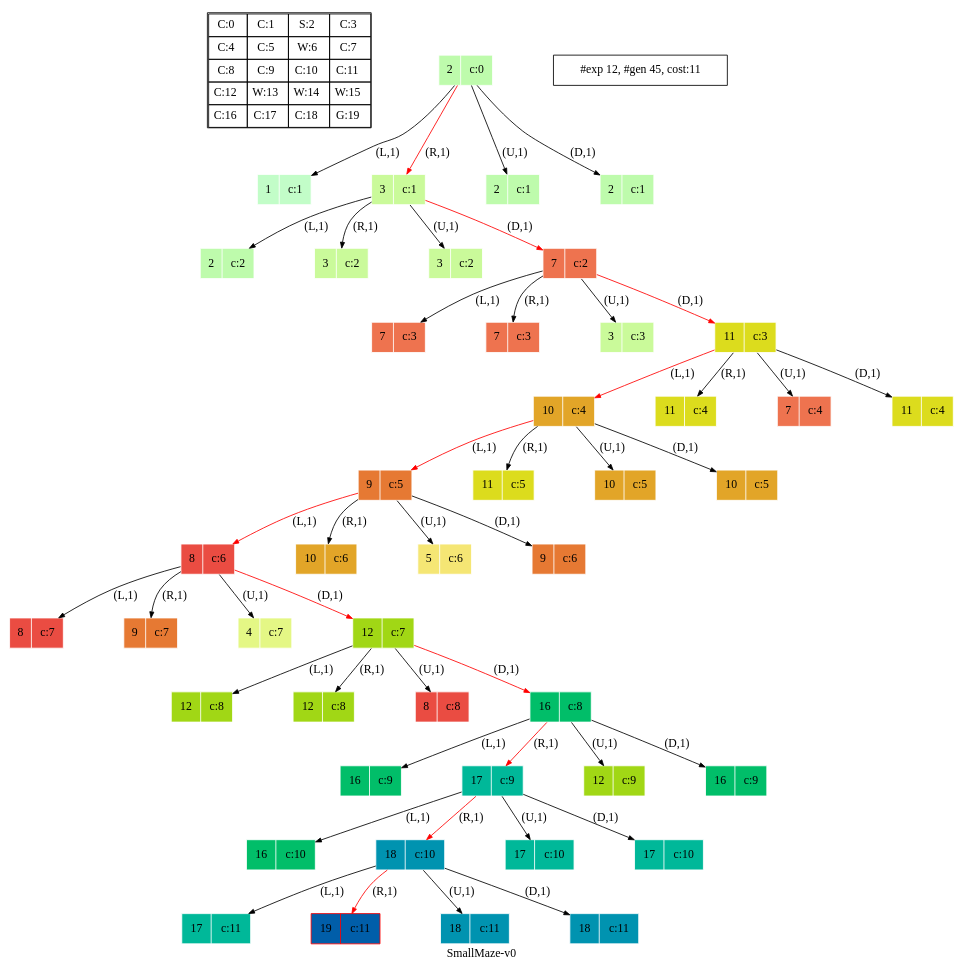
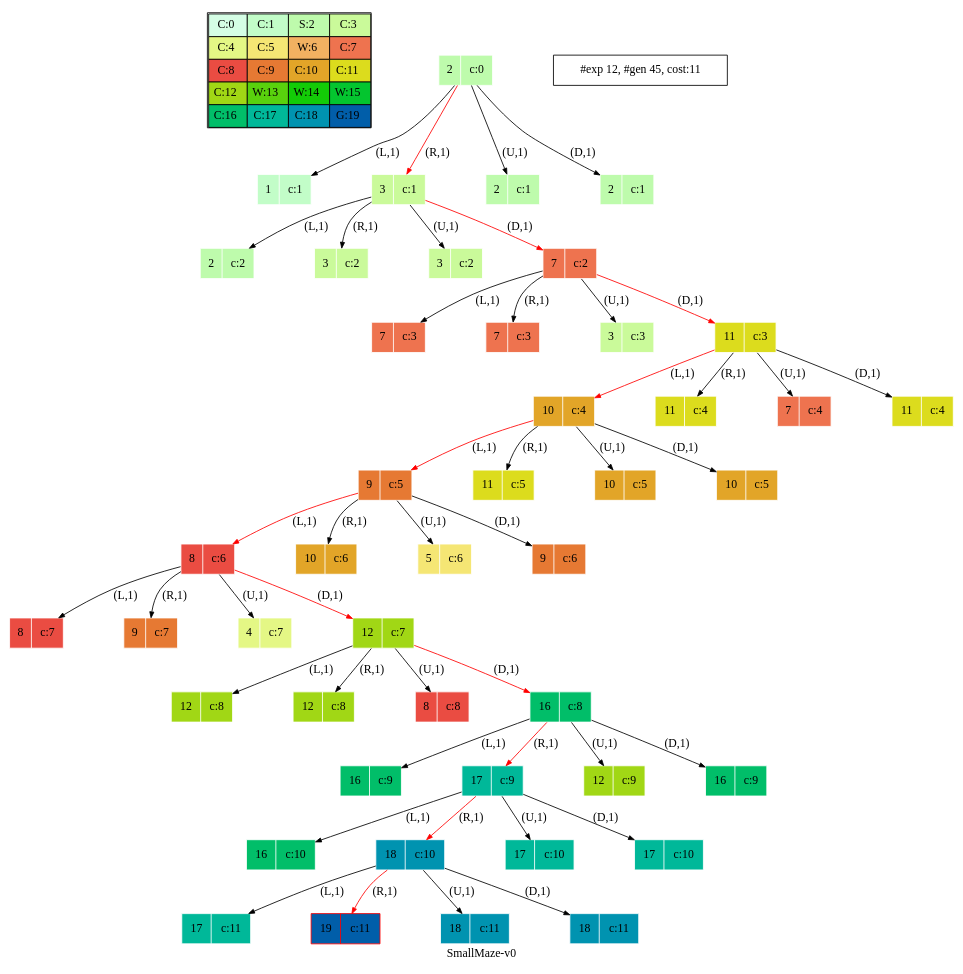
The diagram in viz/public/artifacts/gs/dot/SmallMaze-v0_greedy.dot (blasco991/AI), drawn with Graphviz before and after one commit. The commit also changed 47 other files, not shown here.

```diff
--- a/viz/public/artifacts/gs/dot/SmallMaze-v0_greedy.dot
+++ b/viz/public/artifacts/gs/dot/SmallMaze-v0_greedy.dot
@@ -1,50 +1,50 @@
 digraph SmallMaze { label="SmallMaze-v0"
-subgraph MAP {label=Map;map [shape=plaintext label=<<table border="1" cellpadding="5" cellspacing="0" cellborder="1"><tr><td>C:0</td><td>C:1</td><td>S:2</td><td>C:3</td></tr><tr><td>C:4</td><td>C:5</td><td>W:6</td><td>C:7</td></tr><tr><td>C:8</td><td>C:9</td><td>C:10</td><td>C:11</td></tr><tr><td>C:12</td><td>W:13</td><td>W:14</td><td>W:15</td></tr><tr><td>C:16</td><td>C:17</td><td>C:18</td><td>G:19</td></tr></table>>]} 
+subgraph MAP {label=Map;map [shape=plaintext label=<<table border="1" cellpadding="5" cellspacing="0" cellborder="1"><tr><td bgcolor="0.39803922 0.15947579 0.99679532 1.        ">C:0</td><td bgcolor="0.35098039 0.23194764 0.99315867 1.        ">C:1</td><td bgcolor="0.29607843 0.31486959 0.98720184 1.        ">S:2</td><td bgcolor="0.24901961 0.38410575 0.98063477 1.        ">C:3</td></tr><tr><td bgcolor="0.19411765 0.46220388 0.97128103 1.        ">C:4</td><td bgcolor="0.14705882 0.52643216 0.96182564 1.        ">C:5</td><td bgcolor="0.09215686 0.59770746 0.94913494 1.        ">W:6</td><td bgcolor="0.0372549  0.66454018 0.93467977 1.        ">C:7</td></tr><tr><td bgcolor="0.00980392 0.71791192 0.92090552 1.        ">C:8</td><td bgcolor="0.06470588 0.77520398 0.9032472  1.        ">C:9</td><td bgcolor="0.11176471 0.81974048 0.88677369 1.        ">C:10</td><td bgcolor="0.16666667 0.8660254  0.8660254  1.        ">C:11</td></tr><tr><td bgcolor="0.21372549 0.9005867  0.84695821 1.        ">C:12</td><td bgcolor="0.26862745 0.93467977 0.82325295 1.        ">W:13</td><td bgcolor="0.32352941 0.96182564 0.79801723 1.        ">W:14</td><td bgcolor="0.37058824 0.97940977 0.77520398 1.        ">W:15</td></tr><tr><td bgcolor="0.4254902  0.99315867 0.74725253 1.        ">C:16</td><td bgcolor="0.47254902 0.99907048 0.72218645 1.        ">C:17</td><td bgcolor="0.52745098 0.99907048 0.69169844 1.        ">C:18</td><td bgcolor="0.5745098  0.99315867 0.66454018 1.        ">G:19</td></tr></table>>]} 
 nodesep=1 ranksep=0.5 node [shape=record] edge [arrowsize=0.7] 
 "0_2" [label="<f0>2 |<f1> c:0" style=filled color=white fillcolor="0.29607843 0.31486959 0.98720184 1.        "]
 "0_2.1-0" [label="<f0>1 |<f1> c:1" style=filled color=white fillcolor="0.35098039 0.23194764 0.99315867 1.        "] "0_2" -> "0_2.1-0" [label="(L,1)" ]; 
 "0_2.3-1" [label="<f0>3 |<f1> c:1" style=filled color=white fillcolor="0.24901961 0.38410575 0.98063477 1.        "] "0_2" -> "0_2.3-1" [label="(R,1)" color=red ];  
 "0_2.2-2" [label="<f0>2 |<f1> c:1" style=filled color=white fillcolor="0.29607843 0.31486959 0.98720184 1.        "] "0_2" -> "0_2.2-2" [label="(U,1)" ]; 
 "0_2.2-3" [label="<f0>2 |<f1> c:1" style=filled color=white fillcolor="0.29607843 0.31486959 0.98720184 1.        "] "0_2" -> "0_2.2-3" [label="(D,1)" ]; 
 "0_2.3.2-0" [label="<f0>2 |<f1> c:2" style=filled color=white fillcolor="0.29607843 0.31486959 0.98720184 1.        "] "0_2.3-1" -> "0_2.3.2-0" [label="(L,1)" ]; 
 "0_2.3.3-1" [label="<f0>3 |<f1> c:2" style=filled color=white fillcolor="0.24901961 0.38410575 0.98063477 1.        "] "0_2.3-1" -> "0_2.3.3-1" [label="(R,1)" ]; 
 "0_2.3.3-2" [label="<f0>3 |<f1> c:2" style=filled color=white fillcolor="0.24901961 0.38410575 0.98063477 1.        "] "0_2.3-1" -> "0_2.3.3-2" [label="(U,1)" ]; 
 "0_2.3.7-3" [label="<f0>7 |<f1> c:2" style=filled color=white fillcolor="0.0372549  0.66454018 0.93467977 1.        "] "0_2.3-1" -> "0_2.3.7-3" [label="(D,1)" color=red ];  
 "0_2.3.7.7-0" [label="<f0>7 |<f1> c:3" style=filled color=white fillcolor="0.0372549  0.66454018 0.93467977 1.        "] "0_2.3.7-3" -> "0_2.3.7.7-0" [label="(L,1)" ]; 
 "0_2.3.7.7-1" [label="<f0>7 |<f1> c:3" style=filled color=white fillcolor="0.0372549  0.66454018 0.93467977 1.        "] "0_2.3.7-3" -> "0_2.3.7.7-1" [label="(R,1)" ]; 
 "0_2.3.7.3-2" [label="<f0>3 |<f1> c:3" style=filled color=white fillcolor="0.24901961 0.38410575 0.98063477 1.        "] "0_2.3.7-3" -> "0_2.3.7.3-2" [label="(U,1)" ]; 
 "0_2.3.7.11-3" [label="<f0>11 |<f1> c:3" style=filled color=white fillcolor="0.16666667 0.8660254  0.8660254  1.        "] "0_2.3.7-3" -> "0_2.3.7.11-3" [label="(D,1)" color=red ];  
 "0_2.3.7.11.10-0" [label="<f0>10 |<f1> c:4" style=filled color=white fillcolor="0.11176471 0.81974048 0.88677369 1.        "] "0_2.3.7.11-3" -> "0_2.3.7.11.10-0" [label="(L,1)" color=red ];  
 "0_2.3.7.11.11-1" [label="<f0>11 |<f1> c:4" style=filled color=white fillcolor="0.16666667 0.8660254  0.8660254  1.        "] "0_2.3.7.11-3" -> "0_2.3.7.11.11-1" [label="(R,1)" ]; 
 "0_2.3.7.11.7-2" [label="<f0>7 |<f1> c:4" style=filled color=white fillcolor="0.0372549  0.66454018 0.93467977 1.        "] "0_2.3.7.11-3" -> "0_2.3.7.11.7-2" [label="(U,1)" ]; 
 "0_2.3.7.11.11-3" [label="<f0>11 |<f1> c:4" style=filled color=white fillcolor="0.16666667 0.8660254  0.8660254  1.        "] "0_2.3.7.11-3" -> "0_2.3.7.11.11-3" [label="(D,1)" ]; 
 "0_2.3.7.11.10.9-0" [label="<f0>9 |<f1> c:5" style=filled color=white fillcolor="0.06470588 0.77520398 0.9032472  1.        "] "0_2.3.7.11.10-0" -> "0_2.3.7.11.10.9-0" [label="(L,1)" color=red ];  
 "0_2.3.7.11.10.11-1" [label="<f0>11 |<f1> c:5" style=filled color=white fillcolor="0.16666667 0.8660254  0.8660254  1.        "] "0_2.3.7.11.10-0" -> "0_2.3.7.11.10.11-1" [label="(R,1)" ]; 
 "0_2.3.7.11.10.10-2" [label="<f0>10 |<f1> c:5" style=filled color=white fillcolor="0.11176471 0.81974048 0.88677369 1.        "] "0_2.3.7.11.10-0" -> "0_2.3.7.11.10.10-2" [label="(U,1)" ]; 
 "0_2.3.7.11.10.10-3" [label="<f0>10 |<f1> c:5" style=filled color=white fillcolor="0.11176471 0.81974048 0.88677369 1.        "] "0_2.3.7.11.10-0" -> "0_2.3.7.11.10.10-3" [label="(D,1)" ]; 
 "0_2.3.7.11.10.9.8-0" [label="<f0>8 |<f1> c:6" style=filled color=white fillcolor="0.00980392 0.71791192 0.92090552 1.        "] "0_2.3.7.11.10.9-0" -> "0_2.3.7.11.10.9.8-0" [label="(L,1)" color=red ];  
 "0_2.3.7.11.10.9.10-1" [label="<f0>10 |<f1> c:6" style=filled color=white fillcolor="0.11176471 0.81974048 0.88677369 1.        "] "0_2.3.7.11.10.9-0" -> "0_2.3.7.11.10.9.10-1" [label="(R,1)" ]; 
 "0_2.3.7.11.10.9.5-2" [label="<f0>5 |<f1> c:6" style=filled color=white fillcolor="0.14705882 0.52643216 0.96182564 1.        "] "0_2.3.7.11.10.9-0" -> "0_2.3.7.11.10.9.5-2" [label="(U,1)" ]; 
 "0_2.3.7.11.10.9.9-3" [label="<f0>9 |<f1> c:6" style=filled color=white fillcolor="0.06470588 0.77520398 0.9032472  1.        "] "0_2.3.7.11.10.9-0" -> "0_2.3.7.11.10.9.9-3" [label="(D,1)" ]; 
 "0_2.3.7.11.10.9.8.8-0" [label="<f0>8 |<f1> c:7" style=filled color=white fillcolor="0.00980392 0.71791192 0.92090552 1.        "] "0_2.3.7.11.10.9.8-0" -> "0_2.3.7.11.10.9.8.8-0" [label="(L,1)" ]; 
 "0_2.3.7.11.10.9.8.9-1" [label="<f0>9 |<f1> c:7" style=filled color=white fillcolor="0.06470588 0.77520398 0.9032472  1.        "] "0_2.3.7.11.10.9.8-0" -> "0_2.3.7.11.10.9.8.9-1" [label="(R,1)" ]; 
 "0_2.3.7.11.10.9.8.4-2" [label="<f0>4 |<f1> c:7" style=filled color=white fillcolor="0.19411765 0.46220388 0.97128103 1.        "] "0_2.3.7.11.10.9.8-0" -> "0_2.3.7.11.10.9.8.4-2" [label="(U,1)" ]; 
 "0_2.3.7.11.10.9.8.12-3" [label="<f0>12 |<f1> c:7" style=filled color=white fillcolor="0.21372549 0.9005867  0.84695821 1.        "] "0_2.3.7.11.10.9.8-0" -> "0_2.3.7.11.10.9.8.12-3" [label="(D,1)" color=red ];  
 "0_2.3.7.11.10.9.8.12.12-0" [label="<f0>12 |<f1> c:8" style=filled color=white fillcolor="0.21372549 0.9005867  0.84695821 1.        "] "0_2.3.7.11.10.9.8.12-3" -> "0_2.3.7.11.10.9.8.12.12-0" [label="(L,1)" ]; 
 "0_2.3.7.11.10.9.8.12.12-1" [label="<f0>12 |<f1> c:8" style=filled color=white fillcolor="0.21372549 0.9005867  0.84695821 1.        "] "0_2.3.7.11.10.9.8.12-3" -> "0_2.3.7.11.10.9.8.12.12-1" [label="(R,1)" ]; 
 "0_2.3.7.11.10.9.8.12.8-2" [label="<f0>8 |<f1> c:8" style=filled color=white fillcolor="0.00980392 0.71791192 0.92090552 1.        "] "0_2.3.7.11.10.9.8.12-3" -> "0_2.3.7.11.10.9.8.12.8-2" [label="(U,1)" ]; 
 "0_2.3.7.11.10.9.8.12.16-3" [label="<f0>16 |<f1> c:8" style=filled color=white fillcolor="0.4254902  0.99315867 0.74725253 1.        "] "0_2.3.7.11.10.9.8.12-3" -> "0_2.3.7.11.10.9.8.12.16-3" [label="(D,1)" color=red ];  
 "0_2.3.7.11.10.9.8.12.16.16-0" [label="<f0>16 |<f1> c:9" style=filled color=white fillcolor="0.4254902  0.99315867 0.74725253 1.        "] "0_2.3.7.11.10.9.8.12.16-3" -> "0_2.3.7.11.10.9.8.12.16.16-0" [label="(L,1)" ]; 
 "0_2.3.7.11.10.9.8.12.16.17-1" [label="<f0>17 |<f1> c:9" style=filled color=white fillcolor="0.47254902 0.99907048 0.72218645 1.        "] "0_2.3.7.11.10.9.8.12.16-3" -> "0_2.3.7.11.10.9.8.12.16.17-1" [label="(R,1)" color=red ];  
 "0_2.3.7.11.10.9.8.12.16.12-2" [label="<f0>12 |<f1> c:9" style=filled color=white fillcolor="0.21372549 0.9005867  0.84695821 1.        "] "0_2.3.7.11.10.9.8.12.16-3" -> "0_2.3.7.11.10.9.8.12.16.12-2" [label="(U,1)" ]; 
 "0_2.3.7.11.10.9.8.12.16.16-3" [label="<f0>16 |<f1> c:9" style=filled color=white fillcolor="0.4254902  0.99315867 0.74725253 1.        "] "0_2.3.7.11.10.9.8.12.16-3" -> "0_2.3.7.11.10.9.8.12.16.16-3" [label="(D,1)" ]; 
 "0_2.3.7.11.10.9.8.12.16.17.16-0" [label="<f0>16 |<f1> c:10" style=filled color=white fillcolor="0.4254902  0.99315867 0.74725253 1.        "] "0_2.3.7.11.10.9.8.12.16.17-1" -> "0_2.3.7.11.10.9.8.12.16.17.16-0" [label="(L,1)" ]; 
 "0_2.3.7.11.10.9.8.12.16.17.18-1" [label="<f0>18 |<f1> c:10" style=filled color=white fillcolor="0.52745098 0.99907048 0.69169844 1.        "] "0_2.3.7.11.10.9.8.12.16.17-1" -> "0_2.3.7.11.10.9.8.12.16.17.18-1" [label="(R,1)" color=red ];  
 "0_2.3.7.11.10.9.8.12.16.17.17-2" [label="<f0>17 |<f1> c:10" style=filled color=white fillcolor="0.47254902 0.99907048 0.72218645 1.        "] "0_2.3.7.11.10.9.8.12.16.17-1" -> "0_2.3.7.11.10.9.8.12.16.17.17-2" [label="(U,1)" ]; 
 "0_2.3.7.11.10.9.8.12.16.17.17-3" [label="<f0>17 |<f1> c:10" style=filled color=white fillcolor="0.47254902 0.99907048 0.72218645 1.        "] "0_2.3.7.11.10.9.8.12.16.17-1" -> "0_2.3.7.11.10.9.8.12.16.17.17-3" [label="(D,1)" ]; 
 "0_2.3.7.11.10.9.8.12.16.17.18.17-0" [label="<f0>17 |<f1> c:11" style=filled color=white fillcolor="0.47254902 0.99907048 0.72218645 1.        "] "0_2.3.7.11.10.9.8.12.16.17.18-1" -> "0_2.3.7.11.10.9.8.12.16.17.18.17-0" [label="(L,1)" ]; 
 "0_2.3.7.11.10.9.8.12.16.17.18.19-1" [label="<f0>19 |<f1> c:11" style=filled color=red fillcolor="0.5745098  0.99315867 0.66454018 1.        "] "0_2.3.7.11.10.9.8.12.16.17.18-1" -> "0_2.3.7.11.10.9.8.12.16.17.18.19-1" [label="(R,1)" color=red ];  
 "0_2.3.7.11.10.9.8.12.16.17.18.18-2" [label="<f0>18 |<f1> c:11" style=filled color=white fillcolor="0.52745098 0.99907048 0.69169844 1.        "] "0_2.3.7.11.10.9.8.12.16.17.18-1" -> "0_2.3.7.11.10.9.8.12.16.17.18.18-2" [label="(U,1)" ]; 
 "0_2.3.7.11.10.9.8.12.16.17.18.18-3" [label="<f0>18 |<f1> c:11" style=filled color=white fillcolor="0.52745098 0.99907048 0.69169844 1.        "] "0_2.3.7.11.10.9.8.12.16.17.18-1" -> "0_2.3.7.11.10.9.8.12.16.17.18.18-3" [label="(D,1)" ]; 
  "#exp 12, #gen 45, cost:11" [ shape=box ];
 }
```
